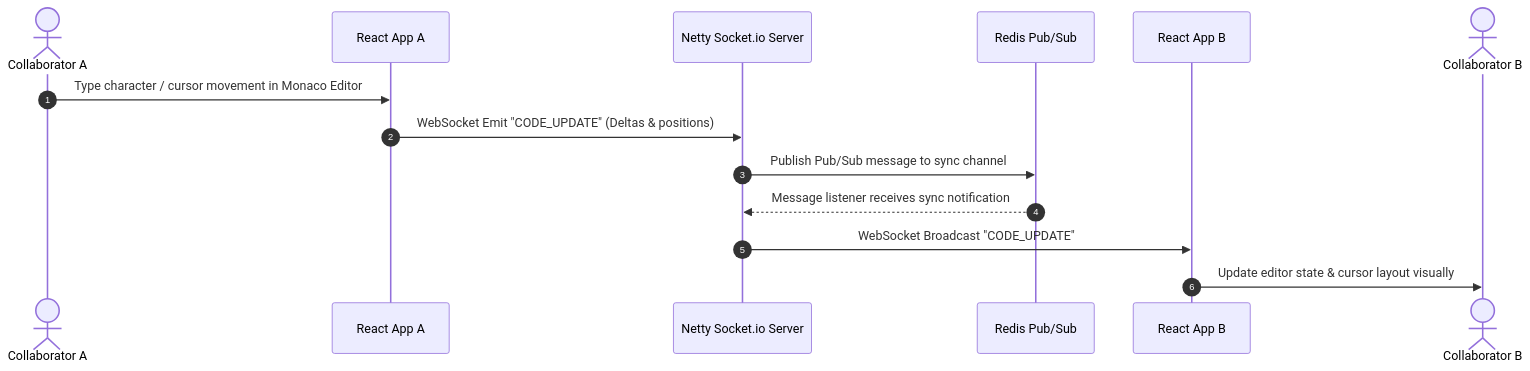
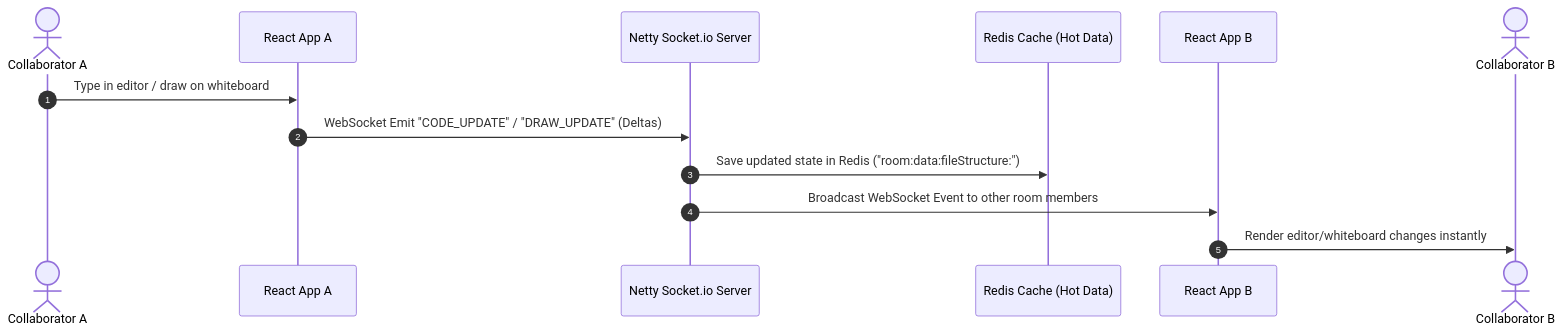
The third of 5 diagrams in README.md (MarlapatiNithesh/code-sync-real-time), drawn with Mermaid before and after one commit. The commit also changed other lines of this file and 44 other files, not shown here.

````diff
--- a/README.md
+++ b/README.md
@@ -84,17 +98,16 @@
 ```mermaid
 sequenceDiagram
     autonumber
     actor UserA as Collaborator A
     participant ClientA as React App A
     participant Server as Netty Socket.io Server
-    participant Redis as Redis Pub/Sub
+    participant Redis as Redis Cache (Hot Data)
     participant ClientB as React App B
     actor UserB as Collaborator B
 
-    UserA->>ClientA: Type character / cursor movement in Monaco Editor
-    ClientA->>Server: WebSocket Emit "CODE_UPDATE" (Deltas & positions)
-    Server->>Redis: Publish Pub/Sub message to sync channel
-    Redis-->>Server: Message listener receives sync notification
-    Server->>ClientB: WebSocket Broadcast "CODE_UPDATE"
-    ClientB->>UserB: Update editor state & cursor layout visually
+    UserA->>ClientA: Type in editor / draw on whiteboard
+    ClientA->>Server: WebSocket Emit "CODE_UPDATE" / "DRAW_UPDATE" (Deltas)
+    Server->>Redis: Save updated state in Redis ("room:data:fileStructure:")
+    Server->>ClientB: Broadcast WebSocket Event to other room members
+    ClientB->>UserB: Render editor/whiteboard changes instantly
 ```
````
